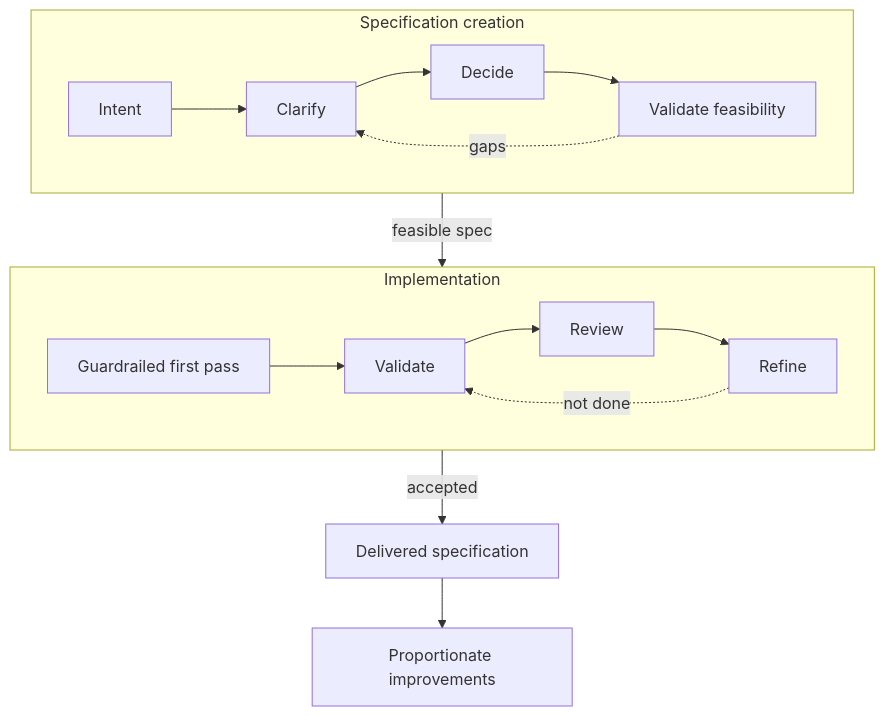
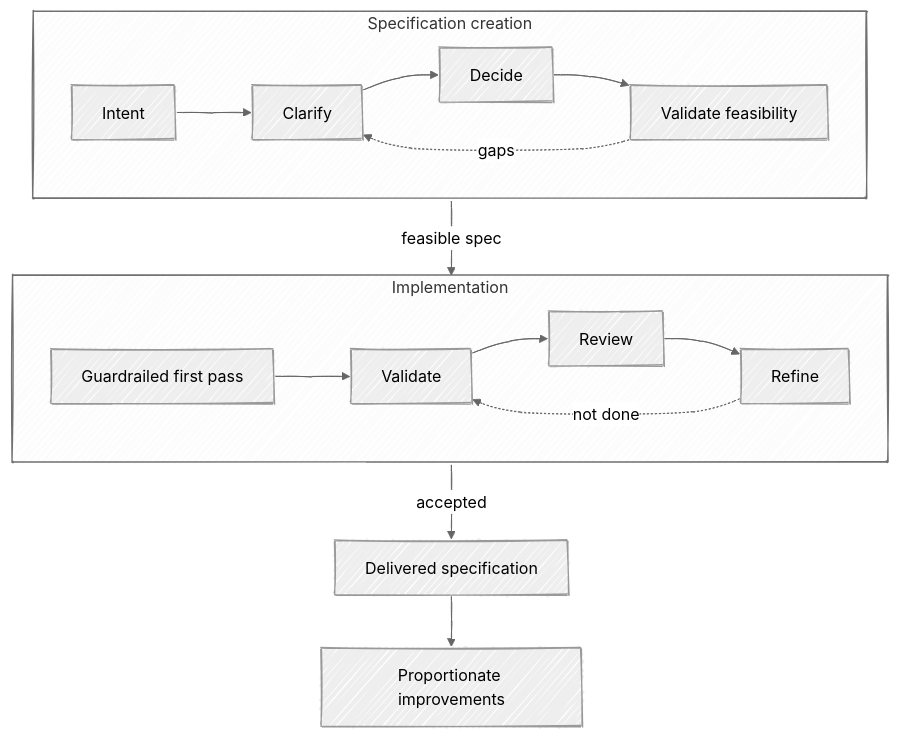
Before and after one commit to rich-mond/human-agent-development-framework: the diagram in README.md, drawn with Mermaid.

Commit message:
Apply hand-drawn styling to README Mermaid diagram

````diff
--- a/README.md
+++ b/README.md
@@ -96,21 +96,26 @@
 ```mermaid
+---
+config:
+  look: handDrawn
+  theme: neutral
+---
 flowchart TB
     subgraph S[Specification creation]
         direction LR
         S1[Intent] --> S2[Clarify] --> S3[Decide] --> S4[Validate feasibility]
         S4 -. gaps .-> S2
     end
 
     subgraph I[Implementation]
         direction LR
         I1[Guardrailed first pass] --> I2[Validate] --> I3[Review] --> I4[Refine]
         I4 -. not done .-> I2
     end
 
     D[Delivered specification]
     G[Proportionate improvements]
 
     S -->|feasible spec| I
     I -->|accepted| D
     D --> G
 ```
````
